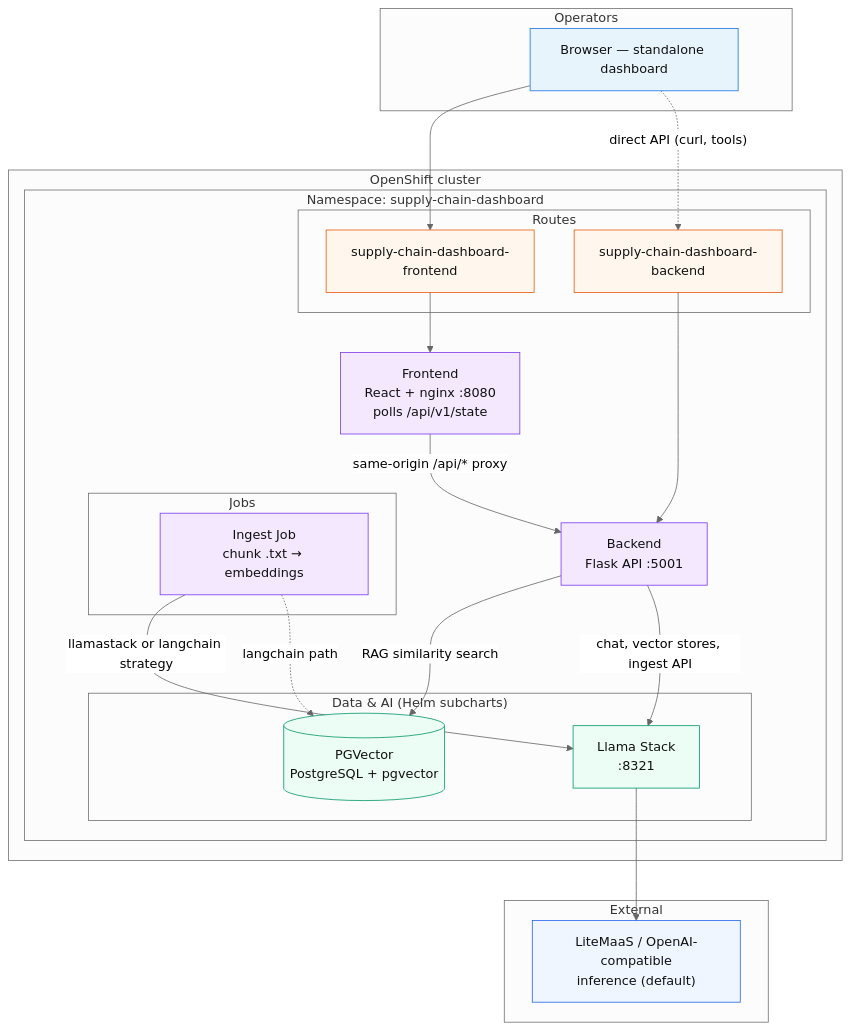
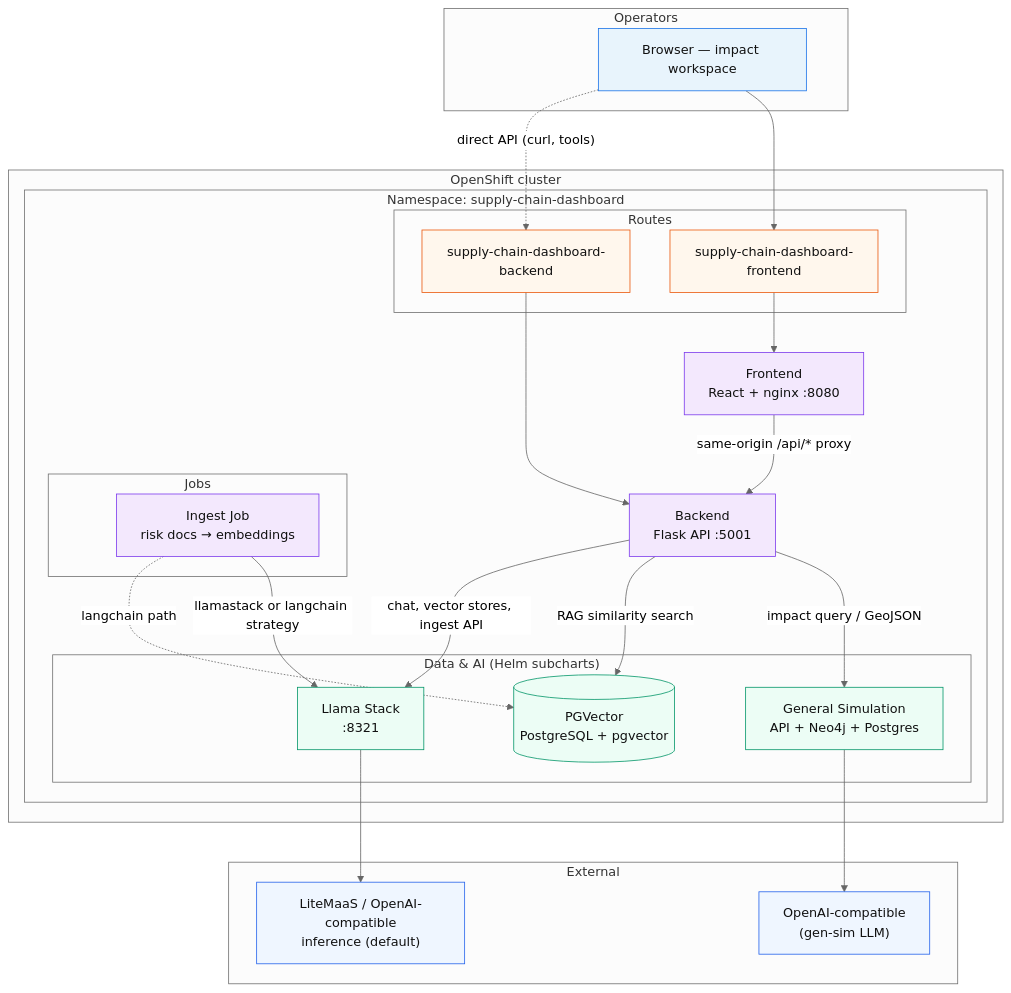
The first of 2 diagrams in README.md (mhdawson/ai-supply-chain-agent), drawn with Mermaid (neutral theme) before and after one commit. The commit also changed other lines of this file and 100 other files, not shown here.

````diff
--- a/README.md
+++ b/README.md
@@ -32,54 +35,58 @@
 ```mermaid
 flowchart TB
   subgraph users["Operators"]
-    U1["Browser — standalone dashboard"]
+    U1["Browser — impact workspace"]
   end
 
   subgraph ocp["OpenShift cluster"]
     subgraph ns["Namespace: supply-chain-dashboard"]
       subgraph routes["Routes"]
         R_FE["supply-chain-dashboard-frontend"]
         R_BE["supply-chain-dashboard-backend"]
       end
 
-      FE["Frontend<br/>React + nginx :8080<br/>polls /api/v1/state"]
+      FE["Frontend<br/>React + nginx :8080"]
       BE["Backend<br/>Flask API :5001"]
 
       subgraph jobs["Jobs"]
-        ING["Ingest Job<br/>chunk .txt → embeddings"]
+        ING["Ingest Job<br/>risk docs → embeddings"]
       end
 
       subgraph data["Data & AI (Helm subcharts)"]
         PG[("PGVector<br/>PostgreSQL + pgvector")]
         LS["Llama Stack<br/>:8321"]
+        GS["General Simulation<br/>API + Neo4j + Postgres"]
       end
     end
   end
 
   subgraph external["External"]
     MAAS["LiteMaaS / OpenAI-compatible<br/>inference (default)"]
+    OAI["OpenAI-compatible<br/>(gen-sim LLM)"]
   end
 
   U1 --> R_FE --> FE
   FE -->|"same-origin /api/* proxy"| BE
   U1 -.->|"direct API (curl, tools)"| R_BE
   R_BE --> BE
 
+  BE -->|"impact query / GeoJSON"| GS
   BE -->|"RAG similarity search"| PG
   BE -->|"chat, vector stores, ingest API"| LS
   LS --> MAAS
+  GS --> OAI
 
   ING -->|"llamastack or langchain strategy"| LS
   ING -.->|"langchain path"| PG
 
   classDef user fill:#e8f4fc,stroke:#1a73e8,color:#111
   classDef app fill:#f3e8fd,stroke:#7c3aed,color:#111
   classDef data fill:#ecfdf5,stroke:#059669,color:#111
   classDef route fill:#fff7ed,stroke:#ea580c,color:#111
   classDef ext fill:#eff6ff,stroke:#2563eb,color:#111
   class U1 user
   class FE,BE,ING app
-  class PG,LS data
+  class PG,LS,GS data
   class R_FE,R_BE route
-  class MAAS ext
+  class MAAS,OAI ext
 ```
````
